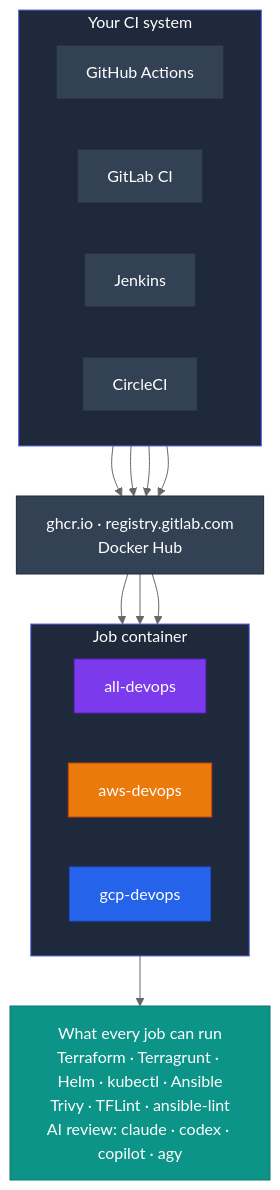
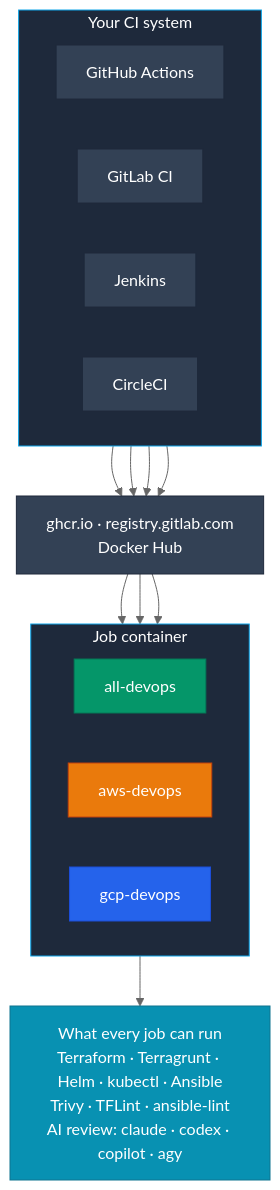
Before and after one commit to jinalshah/devops-images: the diagram in docs/workflows/index.md, drawn with Mermaid (neutral theme). The commit also changed 29 other files, not shown here.

````diff
--- a/docs/workflows/index.md
+++ b/docs/workflows/index.md
@@ -7,35 +7,35 @@
 ```mermaid
 flowchart TB
   subgraph CI["Your CI system"]
     direction LR
     GHA["GitHub Actions"]
     GLC["GitLab CI"]
     JNK["Jenkins"]
     CCI["CircleCI"]
   end
   REG["ghcr.io · registry.gitlab.com<br/>Docker Hub"]
   subgraph IMG["Job container"]
     direction LR
     ALL["all-devops"]
     AWS["aws-devops"]
     GCP["gcp-devops"]
   end
   JOBS["What every job can run<br/>Terraform · Terragrunt · Helm · kubectl · Ansible<br/>Trivy · TFLint · ansible-lint<br/>AI review: claude · codex · copilot · agy"]
   GHA & GLC & JNK & CCI --> REG
   REG --> ALL & AWS & GCP
   IMG --> JOBS
 
-  classDef all fill:#7c3aed,stroke:#5b21b6,color:#fff
+  classDef all fill:#059669,stroke:#047857,color:#fff
   classDef aws fill:#ea7a0c,stroke:#c2410c,color:#fff
   classDef gcp fill:#2563eb,stroke:#1d4ed8,color:#fff
-  classDef base fill:#0d9488,stroke:#0f766e,color:#fff
-  classDef ai fill:#db2777,stroke:#9d174d,color:#fff
+  classDef base fill:#0891b2,stroke:#0e7490,color:#fff
+  classDef ai fill:#d97706,stroke:#b45309,color:#fff
   classDef neutral fill:#334155,stroke:#1e293b,color:#fff
   class GHA,GLC,JNK,CCI,REG neutral
   class ALL all
   class AWS aws
   class GCP gcp
   class JOBS base
-  style CI fill:#1e293b,stroke:#6366f1,color:#fff
-  style IMG fill:#1e293b,stroke:#6366f1,color:#fff
+  style CI fill:#1e293b,stroke:#0ea5e9,color:#fff
+  style IMG fill:#1e293b,stroke:#0ea5e9,color:#fff
 ```
````
